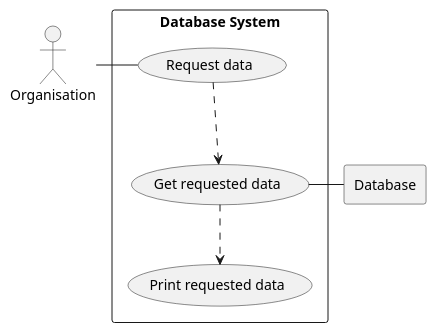
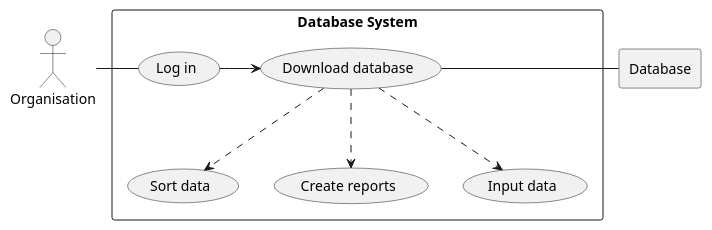
The diagram in Use-cases/Use-case-system.puml (GregorKelly/sem-1), drawn with PlantUML before and after one commit.

Commit message:
UML use case diagram modified, hopefully better

```diff
--- a/Use-cases/Use-case-system.puml
+++ b/Use-cases/Use-case-system.puml
@@ -1,20 +1,26 @@
 @startuml
 
 actor Organisation
 
 rectangle Database
 
 rectangle "Database System" {
-    usecase UC15 as "Request data"
+    usecase UC15 as "Log in"
 
-    usecase UC15a as "Get requested data"
+    usecase UC15a as "Download database"
 
-    usecase UC15b as "Print requested data"
+    usecase UC15b as "Sort data"
+
+    usecase UC15c as "Create reports"
+
+    usecase UC15d as "Input data"
 
     Organisation - UC15
-    UC15 ..> UC15a
+    UC15 -> UC15a
     UC15a ..> UC15b
+    UC15a ..> UC15c
+    UC15a ..> UC15d
     UC15a - Database
 }
 
 @enduml
```
